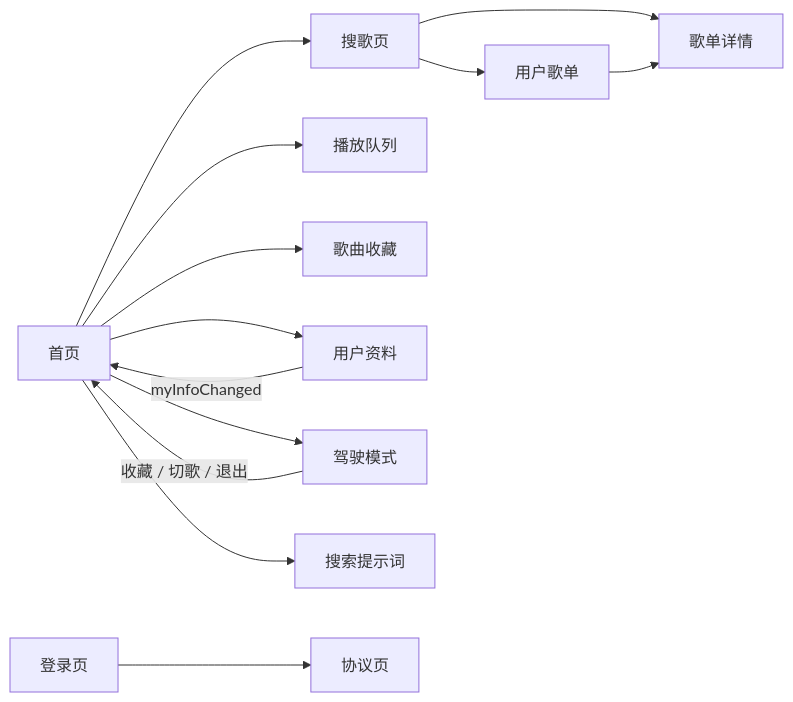
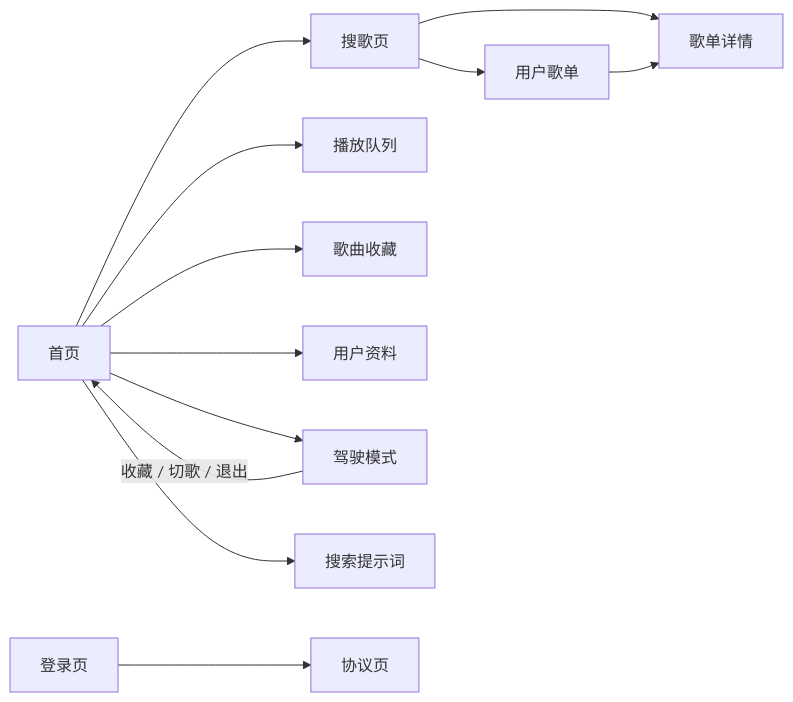
Before and after one commit to Neveryu/miniprogram-music: the second of 2 diagrams in docs/code-wiki/06-依赖关系.md, drawn with Mermaid. The commit also changed 24 other files, not shown here.

````diff
--- a/docs/code-wiki/06-依赖关系.md
+++ b/docs/code-wiki/06-依赖关系.md
@@ -40,15 +40,14 @@
 ```mermaid
 flowchart LR
     INDEX[首页] --> SELECTSONG[搜歌页]
     INDEX --> PLAYING[播放队列]
     INDEX --> MYSONG[歌曲收藏]
     INDEX --> USEREDIT[用户资料]
     INDEX --> CARMODE[驾驶模式]
     INDEX --> PROMPTS[搜索提示词]
     LOGIN[登录页] --> AGREEMENT[协议页]
     SELECTSONG --> USERPLAYLISTS[用户歌单]
     SELECTSONG --> PLAYLIST[歌单详情]
     USERPLAYLISTS --> PLAYLIST
-    USEREDIT -- myInfoChanged --> INDEX
     CARMODE -- 收藏 / 切歌 / 退出 --> INDEX
 ```
````
